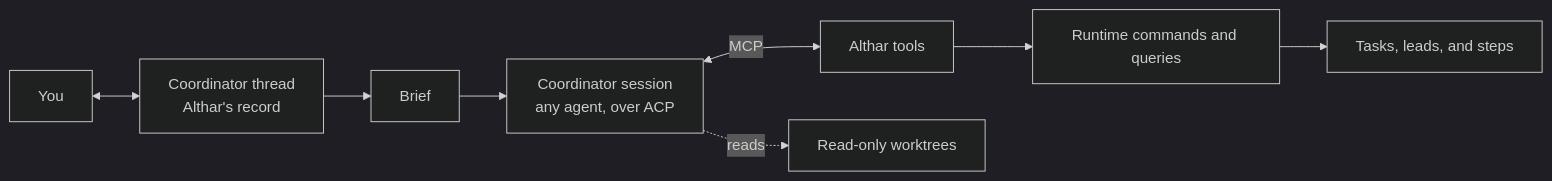
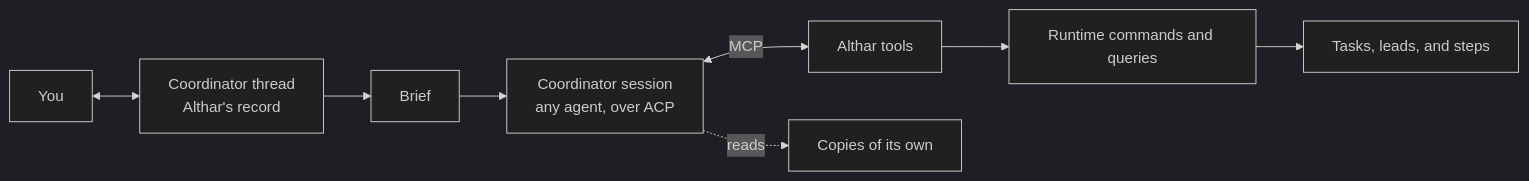
Before and after one commit to AltharIDE/althar: the diagram in docs/architecture/04-coordinator.md, drawn with Mermaid (dark theme). The commit also changed other lines of this file and 9 other files, not shown here.

````diff
--- a/docs/architecture/04-coordinator.md
+++ b/docs/architecture/04-coordinator.md
@@ -55,10 +55,10 @@
 ```mermaid
 flowchart LR
     You["You"] <--> Thread["Coordinator thread<br/>Althar's record"]
     Thread --> Brief["Brief"]
     Brief --> Session["Coordinator session<br/>any agent, over ACP"]
     Session <-->|"MCP"| Tools["Althar tools"]
     Tools --> Runtime["Runtime commands and queries"]
-    Session -.->|"reads"| Repos["Read-only worktrees"]
+    Session -.->|"reads"| Repos["Copies of its own"]
     Runtime --> Tasks["Tasks, leads, and steps"]
 ```
````
